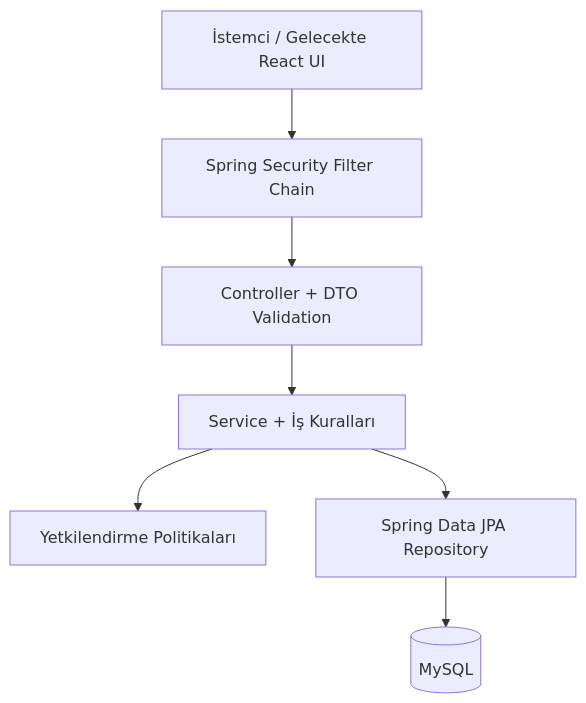
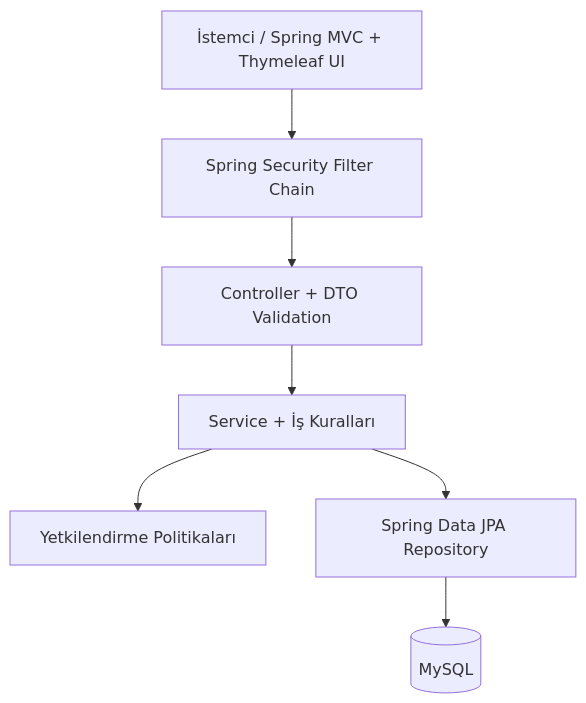
The first of 5 diagrams in README.md (onurerkoc-dev/payguard), drawn with Mermaid before and after one commit.

Commit message:
docs: arayüz planını Spring MVC olarak düzelt

````diff
--- a/README.md
+++ b/README.md
@@ -66,9 +66,9 @@
 ```mermaid
 flowchart TD
-    Client["İstemci / Gelecekte React UI"] --> Security["Spring Security Filter Chain"]
+    Client["İstemci / Spring MVC + Thymeleaf UI"] --> Security["Spring Security Filter Chain"]
     Security --> Controller["Controller + DTO Validation"]
     Controller --> Service["Service + İş Kuralları"]
     Service --> Policy["Yetkilendirme Politikaları"]
     Service --> Repository["Spring Data JPA Repository"]
     Repository --> Database[("MySQL")]
 ```
````
